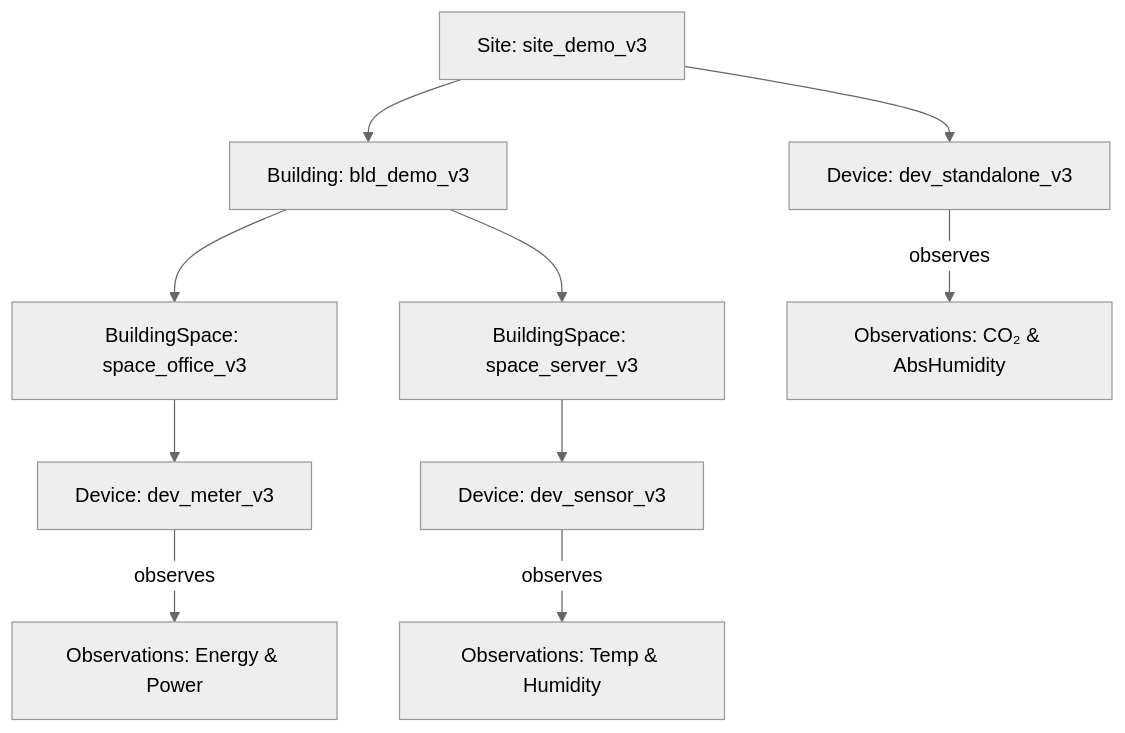
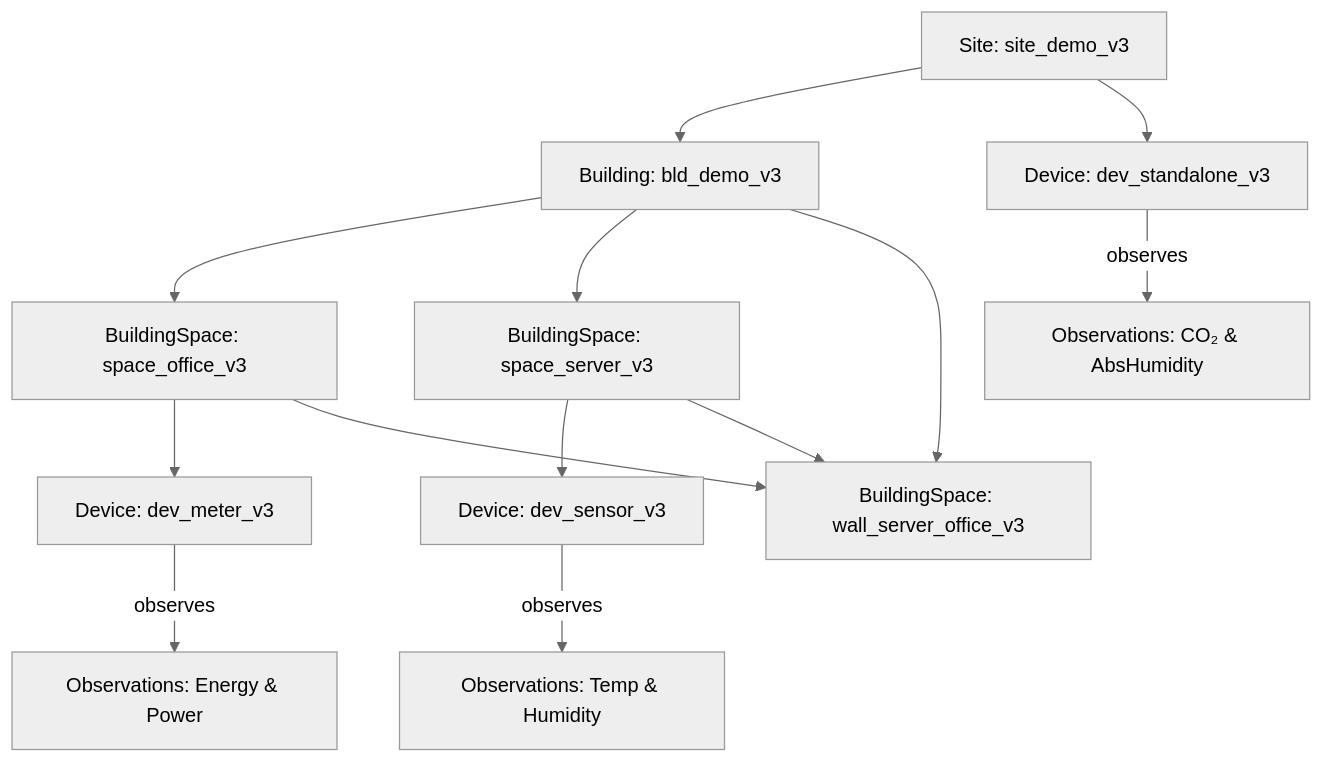
Before and after one commit to CenterDenmark/elexia-datamodel: the diagram in guides/data provider/transformation_endpoints_guide.md, drawn with Mermaid (neutral theme). The commit also changed other lines of this file, not shown here.

````diff
--- a/guides/data provider/transformation_endpoints_guide.md
+++ b/guides/data provider/transformation_endpoints_guide.md
@@ -65,12 +66,15 @@
 ```mermaid
 flowchart TD
   Site["Site: site_demo_v3"] --> Building["Building: bld_demo_v3"]
   Building --> Office["BuildingSpace: space_office_v3"]
   Building --> Server["BuildingSpace: space_server_v3"]
+  Building --> Wall["BuildingSpace: wall_server_office_v3"]
   Office --> Meter["Device: dev_meter_v3"]
   Server --> Sensor["Device: dev_sensor_v3"]
+  Office --> Wall["BuildingSpace: wall_server_office_v3"]
+  Server --> Wall["BuildingSpace: wall_server_office_v3"]
   Site --> Standalone["Device: dev_standalone_v3"]
   Meter -->|observes| Energy["Observations: Energy & Power"]
   Sensor -->|observes| Climate["Observations: Temp & Humidity"]
   Standalone -->|observes| Air["Observations: CO₂ & AbsHumidity"]
 ```
````
